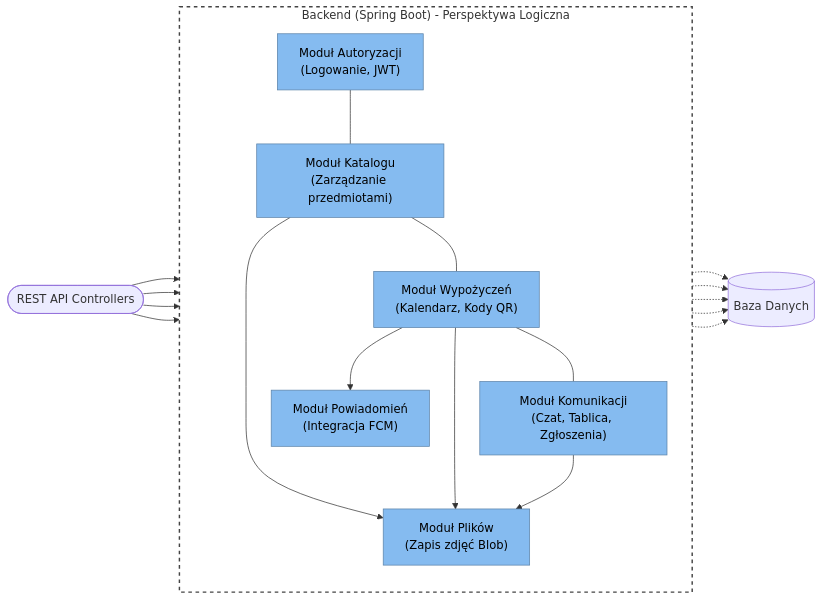
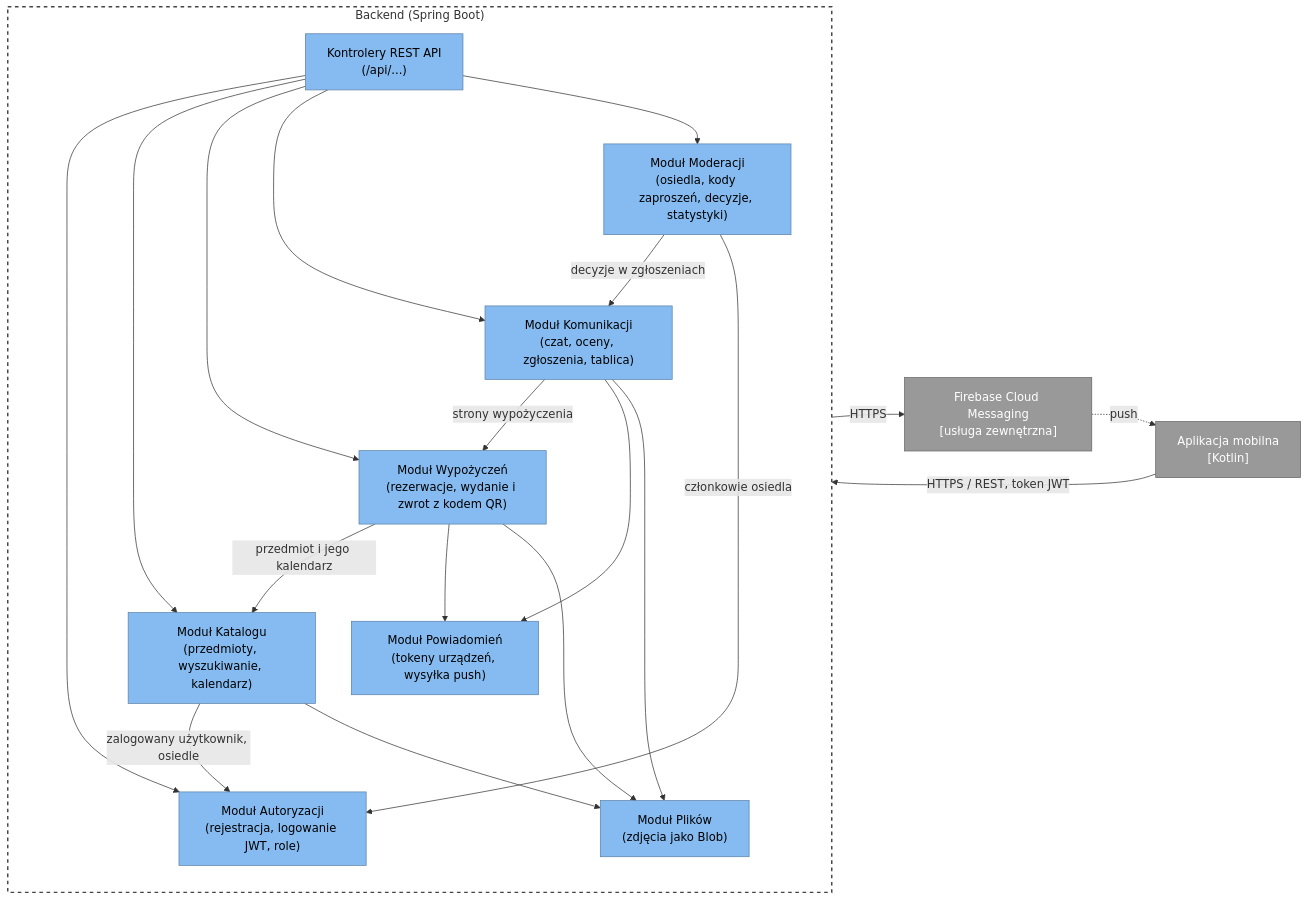
One commit to TheBozzt/neighborhood-sharing-app changed the second of 4 diagrams in Architecture.md. Above: the diagram before and after it, drawn with Mermaid. The commit also changed other lines of this file, not shown here.

Commit message:
Changed diagrams

````diff
--- a/Architecture.md
+++ b/Architecture.md
@@ -84,36 +88,45 @@
 ```mermaid
 flowchart LR
     classDef component fill:#85bbf0,stroke:#5b82a8,color:#000
+    classDef external fill:#999999,stroke:#666666,color:#fff
     classDef boundary fill:none,stroke:#444,stroke-dasharray:5 5,stroke-width:2px
 
-    subgraph Backend ["Backend (Spring Boot) - Perspektywa Logiczna"]
+    App["Aplikacja mobilna<br/>[Kotlin]"]:::external
+    FCM["Firebase Cloud Messaging<br/>[usługa zewnętrzna]"]:::external
+
+    subgraph Backend ["Backend (Spring Boot)"]
         direction TB
-        Auth["Moduł Autoryzacji\n(Logowanie, JWT)"]:::component
-        Katalog["Moduł Katalogu\n(Zarządzanie przedmiotami)"]:::component
-        Rezerwacje["Moduł Wypożyczeń\n(Kalendarz, Kody QR)"]:::component
-        Czat["Moduł Komunikacji\n(Czat, Tablica, Zgłoszenia)"]:::component
-        Powiadomienia["Moduł Powiadomień\n(Integracja FCM)"]:::component
-        Pliki["Moduł Plików\n(Zapis zdjęć Blob)"]:::component
+        API["Kontrolery REST API<br/>(/api/...)"]:::component
+        Auth["Moduł Autoryzacji<br/>(rejestracja, logowanie JWT, role)"]:::component
+        Katalog["Moduł Katalogu<br/>(przedmioty, wyszukiwanie, kalendarz)"]:::component
+        Rezerwacje["Moduł Wypożyczeń<br/>(rezerwacje, wydanie i zwrot z kodem QR)"]:::component
+        Komunikacja["Moduł Komunikacji<br/>(czat, oceny, zgłoszenia, tablica)"]:::component
+        Moderacja["Moduł Moderacji<br/>(osiedla, kody zaproszeń, decyzje, statystyki)"]:::component
+        Powiadomienia["Moduł Powiadomień<br/>(tokeny urządzeń, wysyłka push)"]:::component
+        Pliki["Moduł Plików<br/>(zdjęcia jako Blob)"]:::component
 
-        Auth --- Katalog
-        Katalog --- Rezerwacje
-        Rezerwacje --- Czat
+        API --> Auth
+        API --> Katalog
+        API --> Rezerwacje
+        API --> Komunikacja
+        API --> Moderacja
+
+        Katalog -->|zalogowany użytkownik, osiedle| Auth
+        Rezerwacje -->|przedmiot i jego kalendarz| Katalog
+        Komunikacja -->|strony wypożyczenia| Rezerwacje
+        Moderacja -->|decyzje w zgłoszeniach| Komunikacja
+        Moderacja -->|członkowie osiedla| Auth
+
         Rezerwacje --> Powiadomienia
+        Komunikacja --> Powiadomienia
         Katalog --> Pliki
         Rezerwacje --> Pliki
-        Czat --> Pliki
+        Komunikacja --> Pliki
     end
 
-    API(["REST API Controllers"]) --> Auth
-    API --> Katalog
-    API --> Rezerwacje
-    API --> Czat
-
-    Auth -.-> DB_L[(Baza Danych)]
-    Katalog -.-> DB_L
-    Rezerwacje -.-> DB_L
-    Czat -.-> DB_L
-    Pliki -.-> DB_L
+    App -->|HTTPS / REST, token JWT| API
+    Powiadomienia -->|HTTPS| FCM
+    FCM -.->|push| App
 
     class Backend boundary
 ```
````
